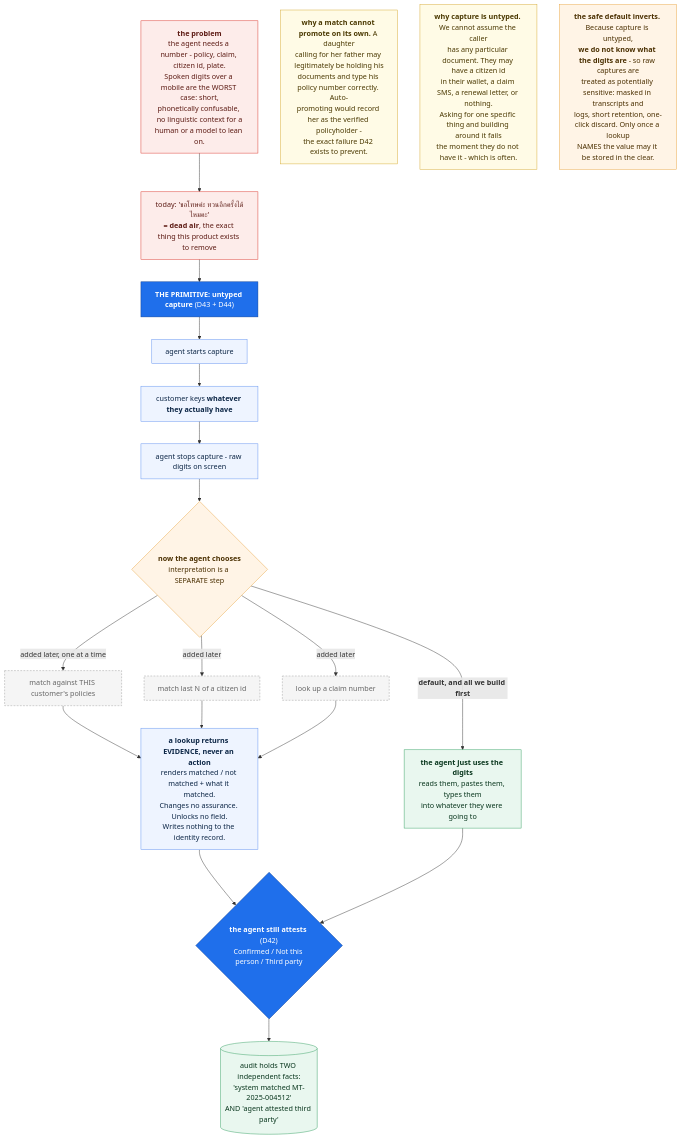
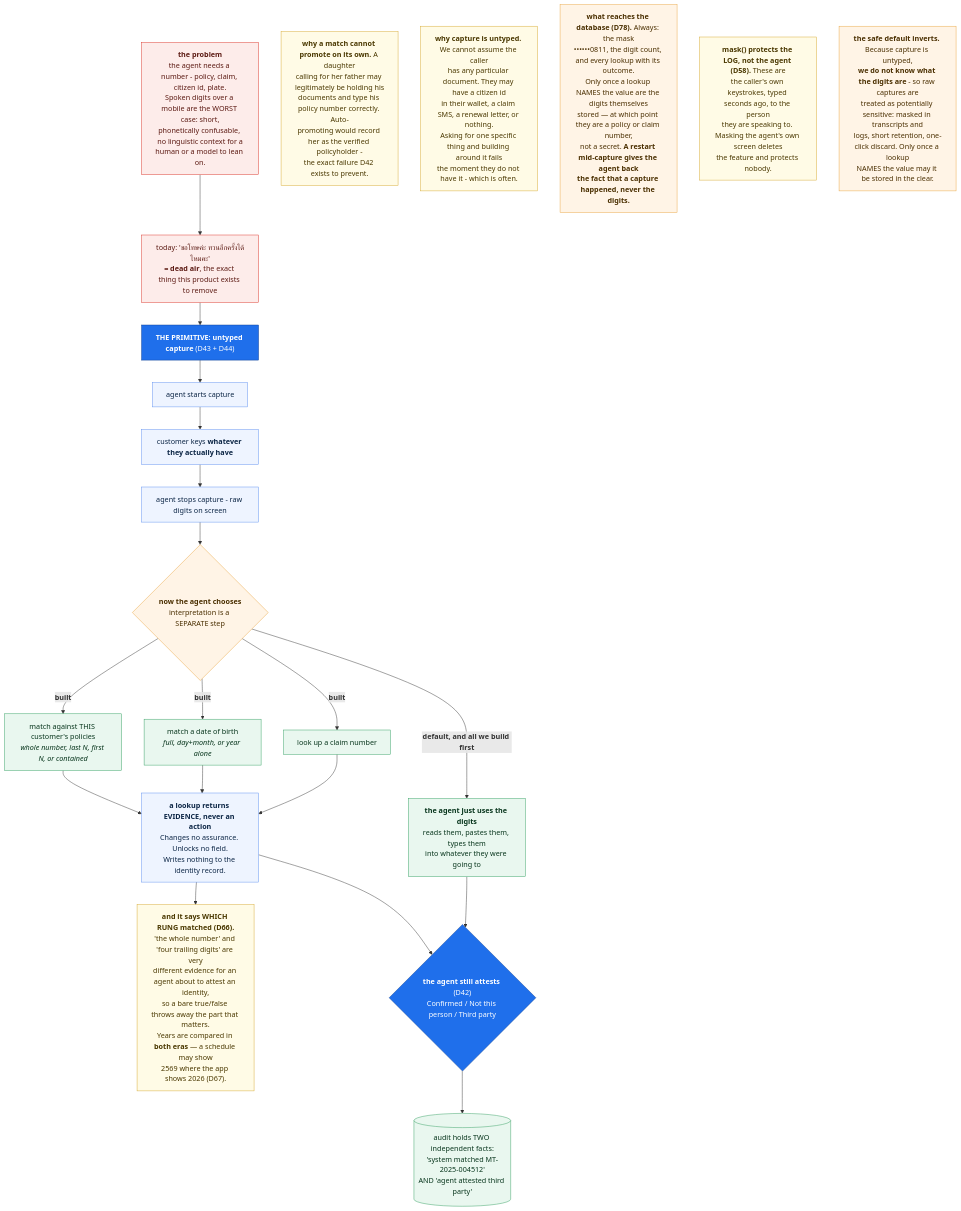
Before and after one commit to anakom-suvonvorn/Krungsri-ReadyCall: the diagram in docs/diagrams/src/dtmf_capture.mmd, drawn with Mermaid. The commit also changed 33 other files, not shown here.

First line of the commit message:
docs: a staleness sweep of the hand-drawn diagrams

```diff
--- a/docs/diagrams/src/dtmf_capture.mmd
+++ b/docs/diagrams/src/dtmf_capture.mmd
@@ -1,44 +1,50 @@
-%% HANDWRITTEN. Checked against D43 as amended by D44
+%% HANDWRITTEN. Checked against D43 as amended by D44, D58, D66, D67, D78
+%% + services/capture/keypad.py and services/capture/matching.py
 flowchart TB
     PROB["<b>the problem</b><br/>the agent needs a number - policy, claim, citizen id, plate.<br/>Spoken digits over a mobile are the WORST case: short,<br/>phonetically confusable, no linguistic context for a<br/>human or a model to lean on."]:::prob
     PROB --> OLD["today: 'ขอโทษค่ะ ทวนอีกครั้งได้ไหมคะ'<br/><b>= dead air</b>, the exact thing this product exists to remove"]:::bad
 
     OLD --> CAP["<b>THE PRIMITIVE: untyped capture</b> (D43 + D44)"]:::new
     CAP --> C1["agent starts capture"]:::step
     C1 --> C2["customer keys <b>whatever they actually have</b>"]:::step
     C2 --> C3["agent stops capture - raw digits on screen"]:::step
 
     C3 --> USE{"<b>now the agent chooses</b><br/>interpretation is a SEPARATE step"}:::gate
     USE -- "<b>default, and all we build first</b>" --> U0["<b>the agent just uses the digits</b><br/>reads them, pastes them, types them<br/>into whatever they were going to"]:::ok
-    USE -- "added later, one at a time" --> U1["match against THIS customer's policies"]:::opt
-    USE -- "added later" --> U2["match last N of a citizen id"]:::opt
-    USE -- "added later" --> U3["look up a claim number"]:::opt
+    USE -- "<b>built</b>" --> U1["match against THIS customer's policies<br/><i>whole number, last N, first N, or contained</i>"]:::ok
+    USE -- "<b>built</b>" --> U2["match a date of birth<br/><i>full, day+month, or year alone</i>"]:::ok
+    USE -- "<b>built</b>" --> U3["look up a claim number"]:::ok
 
     U1 --> EV
     U2 --> EV
     U3 --> EV
-    EV["<b>a lookup returns EVIDENCE, never an action</b><br/>renders matched / not matched + what it matched.<br/>Changes no assurance. Unlocks no field.<br/>Writes nothing to the identity record."]:::ev
+    EV["<b>a lookup returns EVIDENCE, never an action</b><br/>Changes no assurance. Unlocks no field.<br/>Writes nothing to the identity record."]:::ev
+    EV --> RUNG["<b>and it says WHICH RUNG matched (D66).</b><br/>'the whole number' and 'four trailing digits' are very<br/>different evidence for an agent about to attest an identity,<br/>so a bare true/false throws away the part that matters.<br/>Years are compared in <b>both eras</b> — a schedule may show<br/>2569 where the app shows 2026 (D67)."]:::note
 
     EV --> AGENT
     U0 --> AGENT
     AGENT{"<b>the agent still attests</b> (D42)<br/>Confirmed / Not this person / Third party"}:::gate2
     AGENT --> AUDIT[("audit holds TWO independent facts:<br/>'system matched MT-2025-004512'<br/>AND 'agent attested third party'")]:::store
 
     WHY["<b>why a match cannot promote on its own.</b> A daughter<br/>calling for her father may legitimately be holding his<br/>documents and type his policy number correctly. Auto-<br/>promoting would record her as the verified policyholder -<br/>the exact failure D42 exists to prevent."]:::note
 
     ASSUME["<b>why capture is untyped.</b> We cannot assume the caller<br/>has any particular document. They may have a citizen id<br/>in their wallet, a claim SMS, a renewal letter, or nothing.<br/>Asking for one specific thing and building around it fails<br/>the moment they do not have it - which is often."]:::note
+
+    REST["<b>what reaches the database (D78).</b> Always: the mask<br/>••••••0811, the digit count, and every lookup with its outcome.<br/>Only once a lookup NAMES the value are the digits themselves<br/>stored — at which point they are a policy or claim number,<br/>not a secret. <b>A restart mid-capture gives the agent back<br/>the fact that a capture happened, never the digits.</b>"]:::warn
+
+    MASK["<b>mask() protects the LOG, not the agent (D58).</b> These are<br/>the caller's own keystrokes, typed seconds ago, to the person<br/>they are speaking to. Masking the agent's own screen deletes<br/>the feature and protects nobody."]:::note
 
     SEC["<b>the safe default inverts.</b> Because capture is untyped,<br/><b>we do not know what the digits are</b> - so raw captures are<br/>treated as potentially sensitive: masked in transcripts and<br/>logs, short retention, one-click discard. Only once a lookup<br/>NAMES the value may it be stored in the clear."]:::warn
 
     classDef prob fill:#fdecea,stroke:#d93025,color:#5c1a13
     classDef bad fill:#fdecea,stroke:#d93025,color:#5c1a13
     classDef new fill:#1f6feb,stroke:#0b3d91,color:#fff
     classDef step fill:#eef4ff,stroke:#5b8def,color:#0b2545
     classDef gate fill:#fff4e6,stroke:#e8a33d,color:#4a2f00
     classDef gate2 fill:#1f6feb,stroke:#0b3d91,color:#fff
     classDef ok fill:#e9f7ef,stroke:#2f9e5f,color:#08361d
     classDef opt fill:#f5f5f5,stroke:#999,color:#666,stroke-dasharray:4 3
     classDef ev fill:#eef4ff,stroke:#5b8def,color:#0b2545
     classDef store fill:#e9f7ef,stroke:#2f9e5f,color:#08361d
     classDef note fill:#fffbe6,stroke:#d4a72c,color:#4a3800
     classDef warn fill:#fff4e6,stroke:#e8a33d,color:#4a2f00
```
